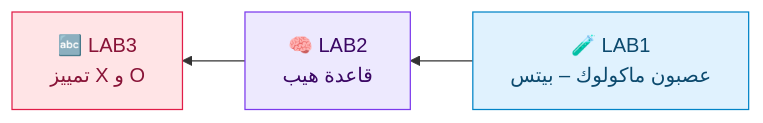
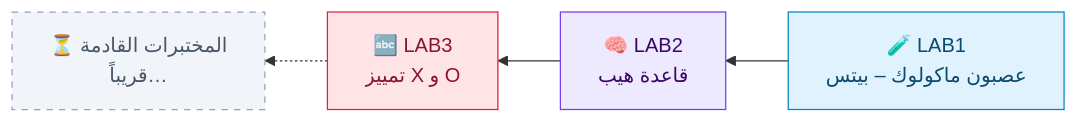
Before and after one commit to jaafaralireeabi/AI-Course-imamSadiqUniversty: the first of 3 diagrams in README.md, drawn with Mermaid. The commit also changed other lines of this file and 1 other file, not shown here.

````diff
--- a/README.md
+++ b/README.md
@@ -33,7 +36,8 @@
 ```mermaid
 flowchart RL
-    A["🧪 LAB1<br/>عصبون ماكولوك – بيتس"] --> B["🧠 LAB2<br/>قاعدة هيب"] --> C["🔤 LAB3<br/>تمييز X و O"]
+    A["🧪 LAB1<br/>عصبون ماكولوك – بيتس"] --> B["🧠 LAB2<br/>قاعدة هيب"] --> C["🔤 LAB3<br/>تمييز X و O"] -.-> D["⏳ المختبرات القادمة<br/>قريباً…"]
     style A fill:#e0f2fe,stroke:#0284c7,color:#0c4a6e
     style B fill:#ede9fe,stroke:#7c3aed,color:#3b0764
     style C fill:#ffe4e6,stroke:#e11d48,color:#881337
+    style D fill:#f1f5f9,stroke:#94a3b8,color:#475569,stroke-dasharray: 5 5
 ```
````
